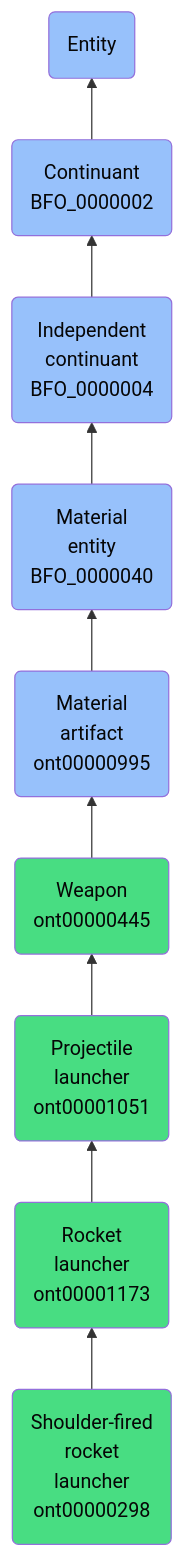
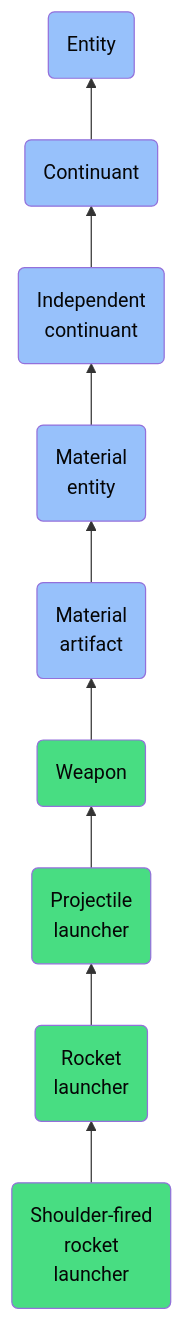
Before and after one commit to jupyter-naas/abi: the diagram in docs/ontology/reference/model/Entity/Continuant/Independent continuant/Material entity/Material artifact/Weapon/Projectile launcher/Rocket launcher/Shoulder-fired rocket launcher/Shoulder-fired rocket launcher.md, drawn with Mermaid. The commit also changed other lines of this file and 1430 other files, not shown here.

````diff
--- a/docs/ontology/reference/model/Entity/Continuant/Independent continuant/Material entity/Material artifact/Weapon/Projectile launcher/Rocket launcher/Shoulder-fired rocket launcher/Shoulder-fired rocket launcher.md
+++ b/docs/ontology/reference/model/Entity/Continuant/Independent continuant/Material entity/Material artifact/Weapon/Projectile launcher/Rocket launcher/Shoulder-fired rocket launcher/Shoulder-fired rocket launcher.md
@@ -24,16 +24,16 @@
 ```mermaid
 graph BT
-    ont00000298(Shoulder-fired<br>rocket<br>launcher<br>ont00000298):::ABI-->ont00001173
-    ont00001173(Rocket<br>launcher<br>ont00001173):::ABI-->ont00001051
-    ont00001051(Projectile<br>launcher<br>ont00001051):::ABI-->ont00000445
-    ont00000445(Weapon<br>ont00000445):::ABI-->ont00000995
-    ont00000995(Material<br>artifact<br>ont00000995):::BFO-->BFO_0000040
-    BFO_0000040(Material<br>entity<br>BFO_0000040):::BFO-->BFO_0000004
-    BFO_0000004(Independent<br>continuant<br>BFO_0000004):::BFO-->BFO_0000002
-    BFO_0000002(Continuant<br>BFO_0000002):::BFO-->BFO_0000001
+    ont00000298(Shoulder-fired<br>rocket<br>launcher):::ABI-->ont00001173
+    ont00001173(Rocket<br>launcher):::ABI-->ont00001051
+    ont00001051(Projectile<br>launcher):::ABI-->ont00000445
+    ont00000445(Weapon):::ABI-->ont00000995
+    ont00000995(Material<br>artifact):::BFO-->BFO_0000040
+    BFO_0000040(Material<br>entity):::BFO-->BFO_0000004
+    BFO_0000004(Independent<br>continuant):::BFO-->BFO_0000002
+    BFO_0000002(Continuant):::BFO-->BFO_0000001
     BFO_0000001(Entity):::BFO
     
     classDef BFO fill:#97c1fb,color:#060606
     classDef CCO fill:#e4c51e,color:#060606
     classDef ABI fill:#48DD82,color:#060606
 ```
````
